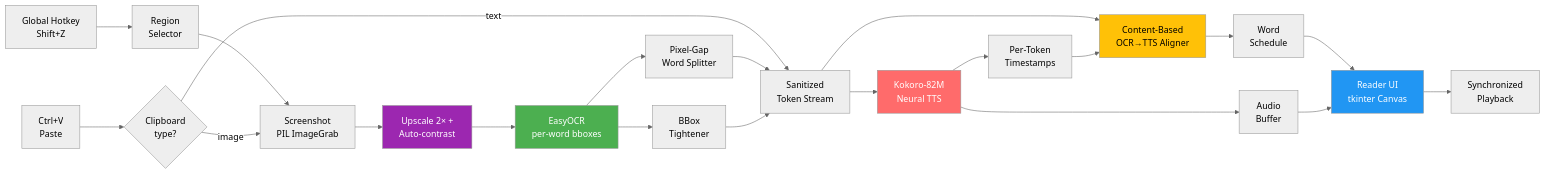
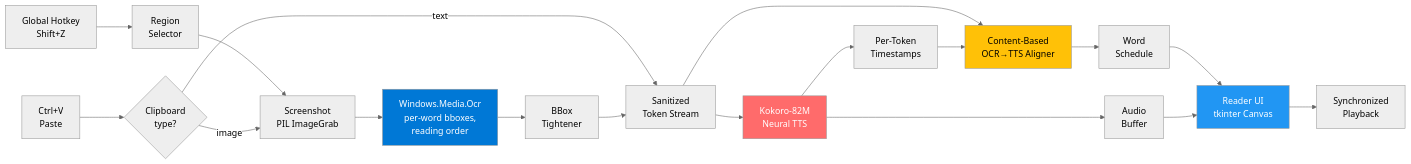
The diagram in README.md (Shay-Ostrovsky/SelectAndRead), drawn with Mermaid (neutral theme) before and after one commit. The commit also changed other lines of this file and 3 other files, not shown here.

````diff
--- a/README.md
+++ b/README.md
@@ -112,27 +111,24 @@
 ```mermaid
 flowchart LR
     A1[Global Hotkey<br/>Shift+Z] --> B[Region<br/>Selector]
     A2[Ctrl+V<br/>Paste] --> P{Clipboard<br/>type?}
     B --> C[Screenshot<br/>PIL ImageGrab]
     P -- image --> C
     P -- text --> F
-    C --> PRE[Upscale 2× +<br/>Auto-contrast]
-    PRE --> D[EasyOCR<br/>per-word bboxes]
-    D --> E1[Pixel-Gap<br/>Word Splitter]
+    C --> D[Windows.Media.Ocr<br/>per-word bboxes,<br/>reading order]
     D --> E2[BBox<br/>Tightener]
-    E1 & E2 --> F[Sanitized<br/>Token Stream]
+    E2 --> F[Sanitized<br/>Token Stream]
     F --> G[Kokoro-82M<br/>Neural TTS]
     G --> H[Per-Token<br/>Timestamps]
     F --> I[Content-Based<br/>OCR→TTS Aligner]
     H --> I
     I --> J[Word<br/>Schedule]
     G --> K[Audio<br/>Buffer]
     J & K --> L[Reader UI<br/>tkinter Canvas]
     L --> M[Synchronized<br/>Playback]
 
     style G fill:#FF6B6B,color:#fff
-    style D fill:#4CAF50,color:#fff
+    style D fill:#0078D6,color:#fff
     style I fill:#FFC107,color:#000
     style L fill:#2196F3,color:#fff
-    style PRE fill:#9C27B0,color:#fff
 ```
````
